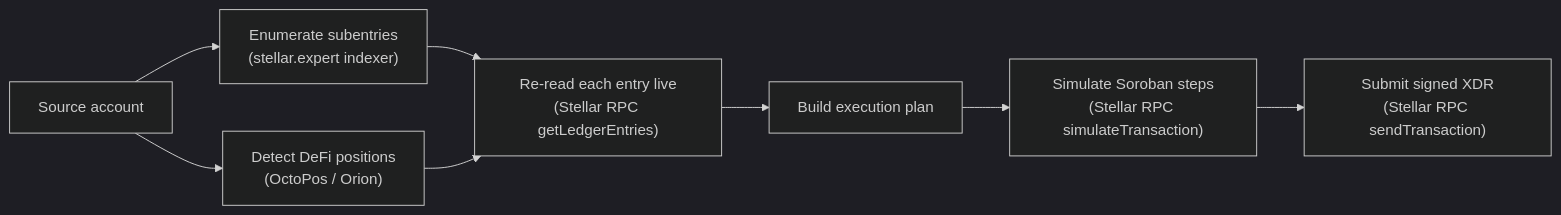
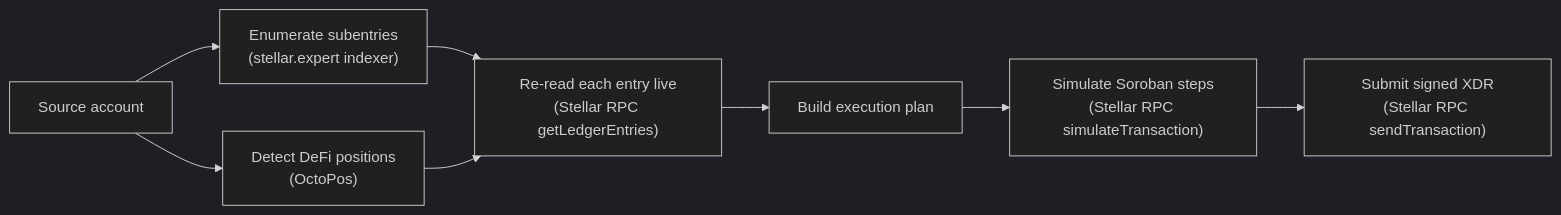
One commit to OscarGauss/lumenwipe changed the second of 9 diagrams in docs/architecture.md. Above: the diagram before and after it, drawn with Mermaid (dark theme). The commit also changed other lines of this file and 12 other files, not shown here.

First line of the commit message:
docs: architecture revision (#12)

````diff
--- a/docs/architecture.md
+++ b/docs/architecture.md
@@ -186,10 +191,10 @@
 ```mermaid
 flowchart LR
     acct["Source account"] --> enum["Enumerate subentries<br/>(stellar.expert indexer)"]
-    acct --> defiq["Detect DeFi positions<br/>(OctoPos / Orion)"]
+    acct --> defiq["Detect DeFi positions<br/>(OctoPos)"]
     enum --> verify["Re-read each entry live<br/>(Stellar RPC getLedgerEntries)"]
     defiq --> verify
     verify --> plan["Build execution plan"]
     plan --> sim["Simulate Soroban steps<br/>(Stellar RPC simulateTransaction)"]
     sim --> submit["Submit signed XDR<br/>(Stellar RPC sendTransaction)"]
 ```
````
